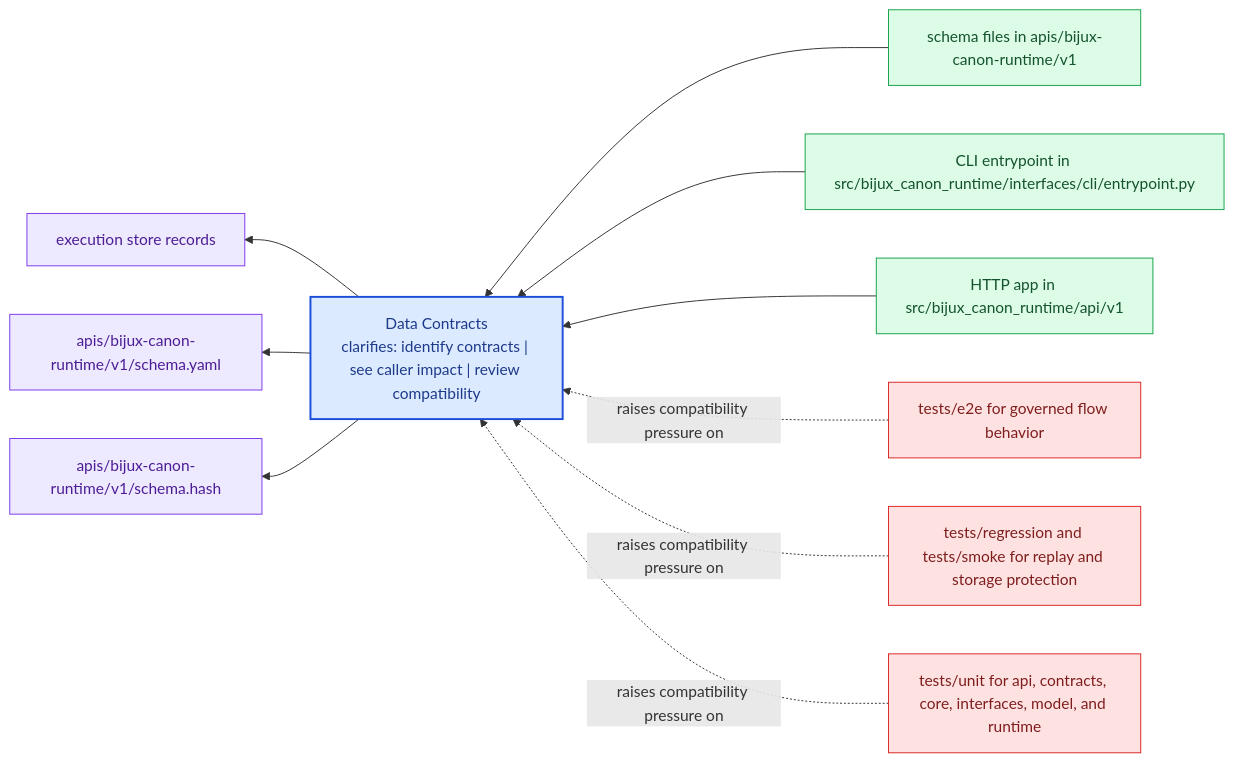
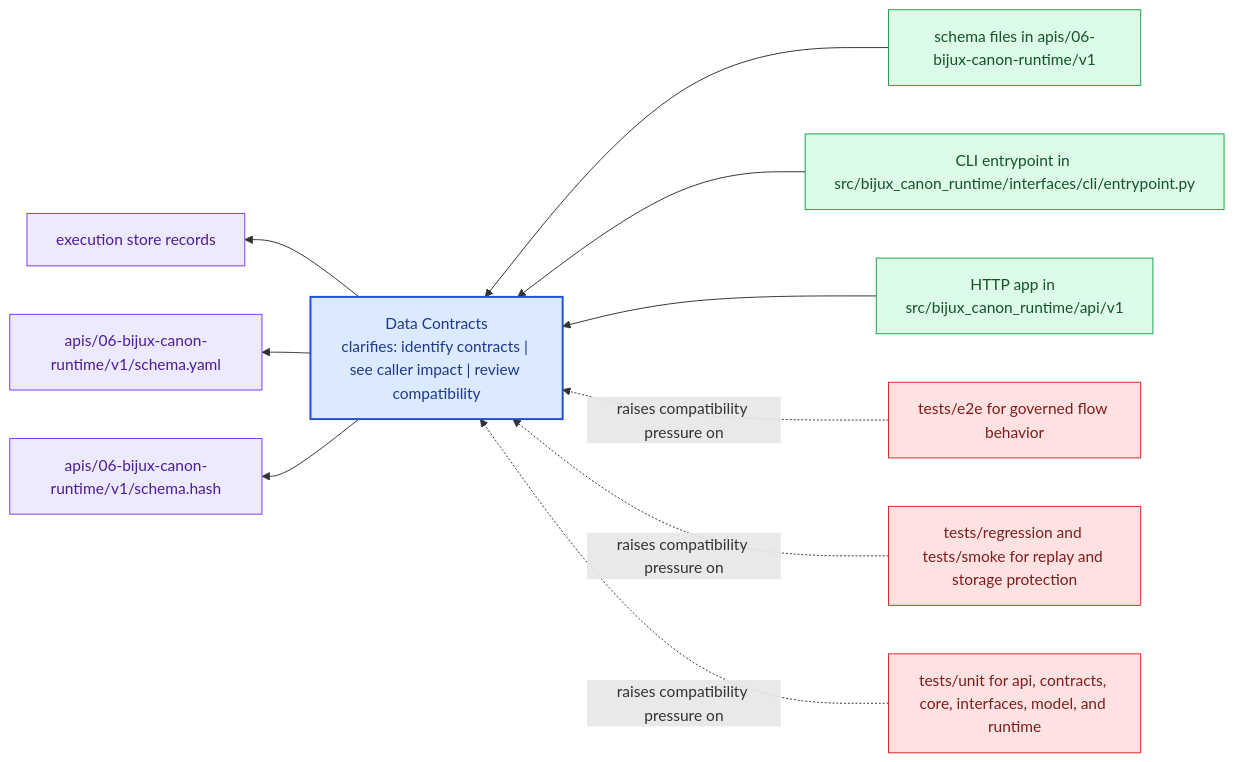
The diagram in docs/06-bijux-canon-runtime/interfaces/data-contracts.md (bijux/bijux-canon), drawn with Mermaid before and after one commit. The commit also changed other lines of this file and 167 other files, not shown here.

````diff
--- a/docs/06-bijux-canon-runtime/interfaces/data-contracts.md
+++ b/docs/06-bijux-canon-runtime/interfaces/data-contracts.md
@@ -23,31 +23,31 @@
 ```mermaid
 flowchart RL
     page["Data Contracts<br/>clarifies: identify contracts | see caller impact | review compatibility"]
     classDef page fill:#dbeafe,stroke:#1d4ed8,color:#1e3a8a,stroke-width:2px;
     classDef positive fill:#dcfce7,stroke:#16a34a,color:#14532d;
     classDef caution fill:#fee2e2,stroke:#dc2626,color:#7f1d1d;
     classDef anchor fill:#ede9fe,stroke:#7c3aed,color:#4c1d95;
     classDef action fill:#fef3c7,stroke:#d97706,color:#7c2d12;
-    surface1["schema files in apis/bijux-canon-runtime/v1"]
+    surface1["schema files in apis/06-bijux-canon-runtime/v1"]
     surface1 --> page
     surface2["CLI entrypoint in src/bijux_canon_runtime/interfaces/cli/entrypoint.py"]
     surface2 --> page
     surface3["HTTP app in src/bijux_canon_runtime/api/v1"]
     surface3 --> page
     proof1["execution store records"]
     page --> proof1
-    proof2["apis/bijux-canon-runtime/v1/schema.yaml"]
+    proof2["apis/06-bijux-canon-runtime/v1/schema.yaml"]
     page --> proof2
-    proof3["apis/bijux-canon-runtime/v1/schema.hash"]
+    proof3["apis/06-bijux-canon-runtime/v1/schema.hash"]
     page --> proof3
     review1["tests/e2e for governed flow behavior"]
     review1 -.raises compatibility pressure on.-> page
     review2["tests/regression and tests/smoke for replay and storage protection"]
     review2 -.raises compatibility pressure on.-> page
     review3["tests/unit for api, contracts, core, interfaces, model, and runtime"]
     review3 -.raises compatibility pressure on.-> page
     class page page;
     class surface1,surface2,surface3 positive;
     class proof1,proof2,proof3 anchor;
     class review1,review2,review3 caution;
 ```
````
